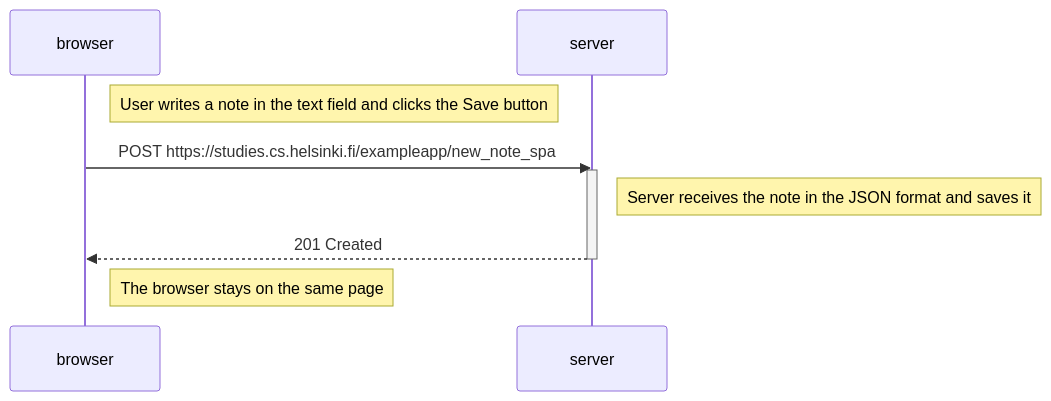
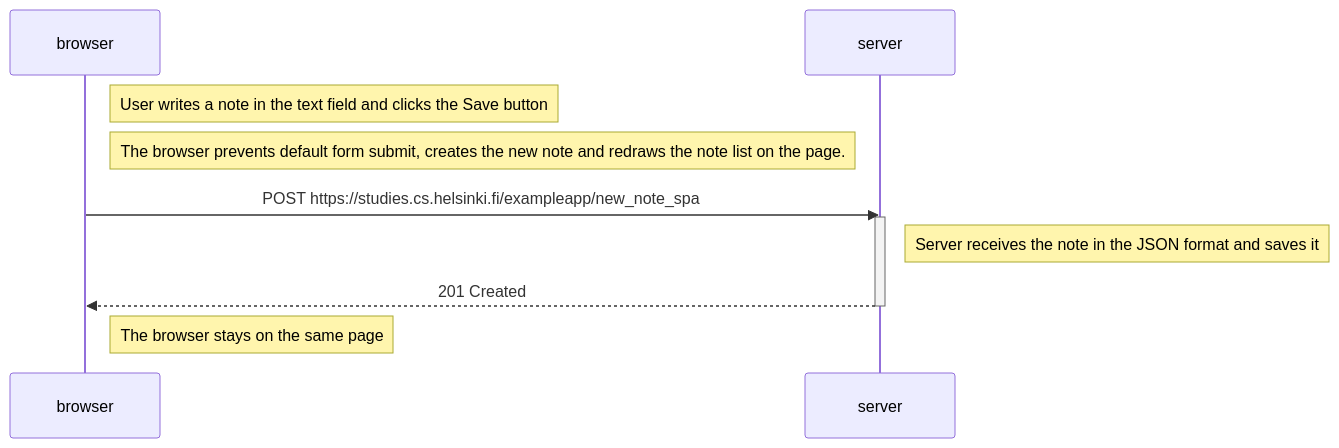
One commit to kastashenkova/fullstack-web-development changed the diagram in part0/0.6_New_note_in_Single_page_app_diagram.md. Above: the diagram before and after it, drawn with Mermaid.

Commit message:
Enhance sequence diagram for note saving process
Updated the sequence diagram to include note creation and redraws the note list.

````diff
--- a/part0/0.6_New_note_in_Single_page_app_diagram.md
+++ b/part0/0.6_New_note_in_Single_page_app_diagram.md
@@ -1,14 +1,14 @@
 ```mermaid
 sequenceDiagram
     participant browser
     participant server
 
     Note right of browser: User writes a note in the text field and clicks the Save button
-    
+    Note right of browser: The browser prevents default form submit, creates the new note and redraws the note list on the page.
     browser->>server: POST https://studies.cs.helsinki.fi/exampleapp/new_note_spa
     activate server
     Note right of server: Server receives the note in the JSON format and saves it
     server-->>browser: 201 Created
     deactivate server
     Note right of browser: The browser stays on the same page
 ```
````
